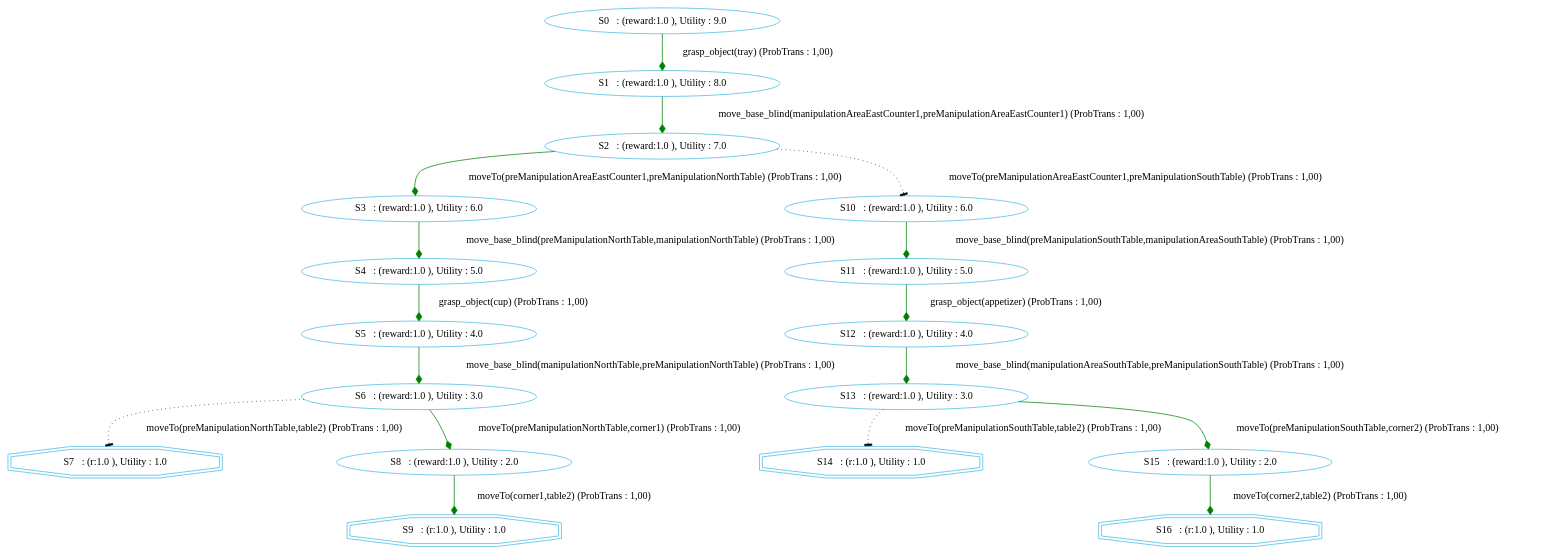
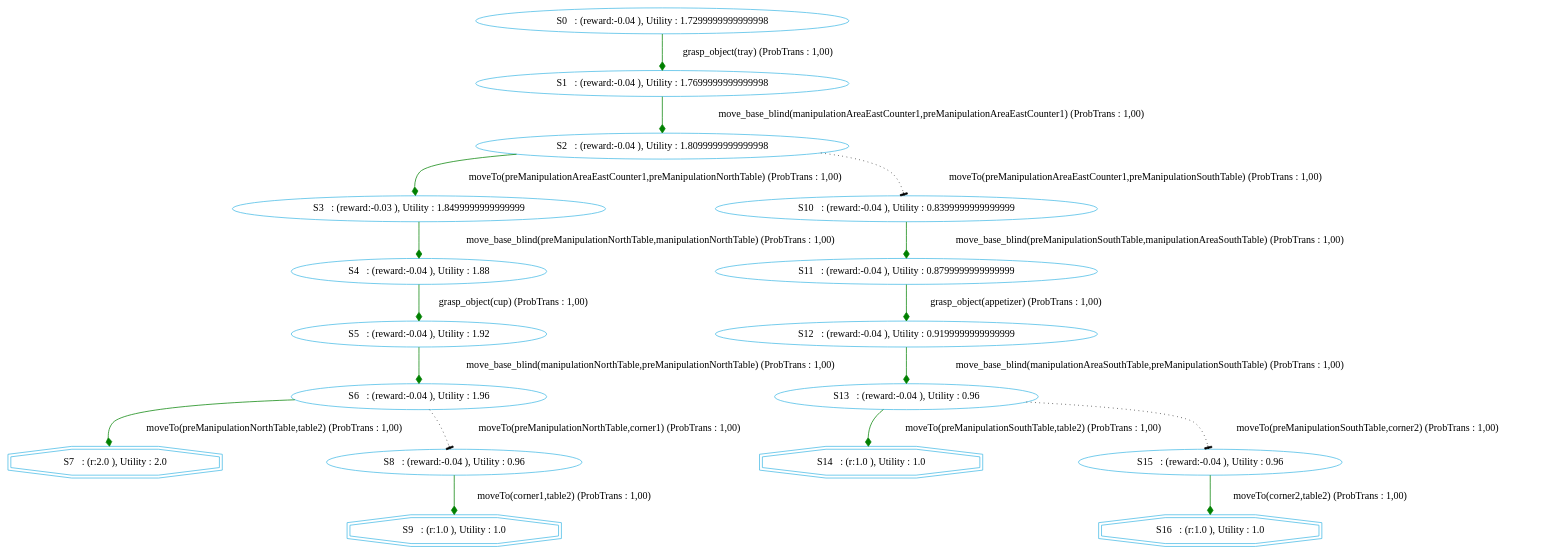
Before and after one commit to htiraHatem/CHIMP_MDP: the diagram in chimp/src/main/java/examples/MDP/RACE/test_m_drive_robot_1.dot, drawn with Graphviz. The commit also changed 1 other file, not shown here.

```diff
--- a/chimp/src/main/java/examples/MDP/RACE/test_m_drive_robot_1.dot
+++ b/chimp/src/main/java/examples/MDP/RACE/test_m_drive_robot_1.dot
@@ -1,37 +1,37 @@
 digraph {
   node [color="#40b9e5" ]
  size="60,17";
-"7" [label=" S7   : (r:1.0 ), Utility : 1.0 " shape=doubleoctagon];
+"7" [label=" S7   : (r:2.0 ), Utility : 2.0 " shape=doubleoctagon];
 "9" [label=" S9   : (r:1.0 ), Utility : 1.0 " shape=doubleoctagon];
 "14" [label=" S14   : (r:1.0 ), Utility : 1.0 " shape=doubleoctagon];
 "16" [label=" S16   : (r:1.0 ), Utility : 1.0 " shape=doubleoctagon];
-"0" [label=" S0   : (reward:1.0 ), Utility : 9.0 "];
-"1" [label=" S1   : (reward:1.0 ), Utility : 8.0 "];
-"2" [label=" S2   : (reward:1.0 ), Utility : 7.0 "];
-"3" [label=" S3   : (reward:1.0 ), Utility : 6.0 "];
-"4" [label=" S4   : (reward:1.0 ), Utility : 5.0 "];
-"5" [label=" S5   : (reward:1.0 ), Utility : 4.0 "];
-"6" [label=" S6   : (reward:1.0 ), Utility : 3.0 "];
-"8" [label=" S8   : (reward:1.0 ), Utility : 2.0 "];
-"10" [label=" S10   : (reward:1.0 ), Utility : 6.0 "];
-"11" [label=" S11   : (reward:1.0 ), Utility : 5.0 "];
-"12" [label=" S12   : (reward:1.0 ), Utility : 4.0 "];
-"13" [label=" S13   : (reward:1.0 ), Utility : 3.0 "];
-"15" [label=" S15   : (reward:1.0 ), Utility : 2.0 "];
+"0" [label=" S0   : (reward:-0.04 ), Utility : 1.7299999999999998 "];
+"1" [label=" S1   : (reward:-0.04 ), Utility : 1.7699999999999998 "];
+"2" [label=" S2   : (reward:-0.04 ), Utility : 1.8099999999999998 "];
+"3" [label=" S3   : (reward:-0.03 ), Utility : 1.8499999999999999 "];
+"4" [label=" S4   : (reward:-0.04 ), Utility : 1.88 "];
+"5" [label=" S5   : (reward:-0.04 ), Utility : 1.92 "];
+"6" [label=" S6   : (reward:-0.04 ), Utility : 1.96 "];
+"8" [label=" S8   : (reward:-0.04 ), Utility : 0.96 "];
+"10" [label=" S10   : (reward:-0.04 ), Utility : 0.8399999999999999 "];
+"11" [label=" S11   : (reward:-0.04 ), Utility : 0.8799999999999999 "];
+"12" [label=" S12   : (reward:-0.04 ), Utility : 0.9199999999999999 "];
+"13" [label=" S13   : (reward:-0.04 ), Utility : 0.96 "];
+"15" [label=" S15   : (reward:-0.04 ), Utility : 0.96 "];
 "0" -> "1" [ label="grasp_object(tray) (ProbTrans : 1,00)"
 , arrowhead = diamond , color=green];"1" -> "2" [ label="move_base_blind(manipulationAreaEastCounter1,preManipulationAreaEastCounter1) (ProbTrans : 1,00)"
 , arrowhead = diamond , color=green];"2" -> "3" [ label="moveTo(preManipulationAreaEastCounter1,preManipulationNorthTable) (ProbTrans : 1,00)"
 , arrowhead = diamond , color=green];"2" -> "10" [ label="moveTo(preManipulationAreaEastCounter1,preManipulationSouthTable) (ProbTrans : 1,00)"
 ,style=dotted, arrowhead=tee];"3" -> "4" [ label="move_base_blind(preManipulationNorthTable,manipulationNorthTable) (ProbTrans : 1,00)"
 , arrowhead = diamond , color=green];"4" -> "5" [ label="grasp_object(cup) (ProbTrans : 1,00)"
 , arrowhead = diamond , color=green];"5" -> "6" [ label="move_base_blind(manipulationNorthTable,preManipulationNorthTable) (ProbTrans : 1,00)"
 , arrowhead = diamond , color=green];"6" -> "7" [ label="moveTo(preManipulationNorthTable,table2) (ProbTrans : 1,00)"
-,style=dotted, arrowhead=tee];"6" -> "8" [ label="moveTo(preManipulationNorthTable,corner1) (ProbTrans : 1,00)"
-, arrowhead = diamond , color=green];"8" -> "9" [ label="moveTo(corner1,table2) (ProbTrans : 1,00)"
+, arrowhead = diamond , color=green];"6" -> "8" [ label="moveTo(preManipulationNorthTable,corner1) (ProbTrans : 1,00)"
+,style=dotted, arrowhead=tee];"8" -> "9" [ label="moveTo(corner1,table2) (ProbTrans : 1,00)"
 , arrowhead = diamond , color=green];"10" -> "11" [ label="move_base_blind(preManipulationSouthTable,manipulationAreaSouthTable) (ProbTrans : 1,00)"
 , arrowhead = diamond , color=green];"11" -> "12" [ label="grasp_object(appetizer) (ProbTrans : 1,00)"
 , arrowhead = diamond , color=green];"12" -> "13" [ label="move_base_blind(manipulationAreaSouthTable,preManipulationSouthTable) (ProbTrans : 1,00)"
 , arrowhead = diamond , color=green];"13" -> "14" [ label="moveTo(preManipulationSouthTable,table2) (ProbTrans : 1,00)"
-,style=dotted, arrowhead=tee];"13" -> "15" [ label="moveTo(preManipulationSouthTable,corner2) (ProbTrans : 1,00)"
-, arrowhead = diamond , color=green];"15" -> "16" [ label="moveTo(corner2,table2) (ProbTrans : 1,00)"
+, arrowhead = diamond , color=green];"13" -> "15" [ label="moveTo(preManipulationSouthTable,corner2) (ProbTrans : 1,00)"
+,style=dotted, arrowhead=tee];"15" -> "16" [ label="moveTo(corner2,table2) (ProbTrans : 1,00)"
 , arrowhead = diamond , color=green];}
```
